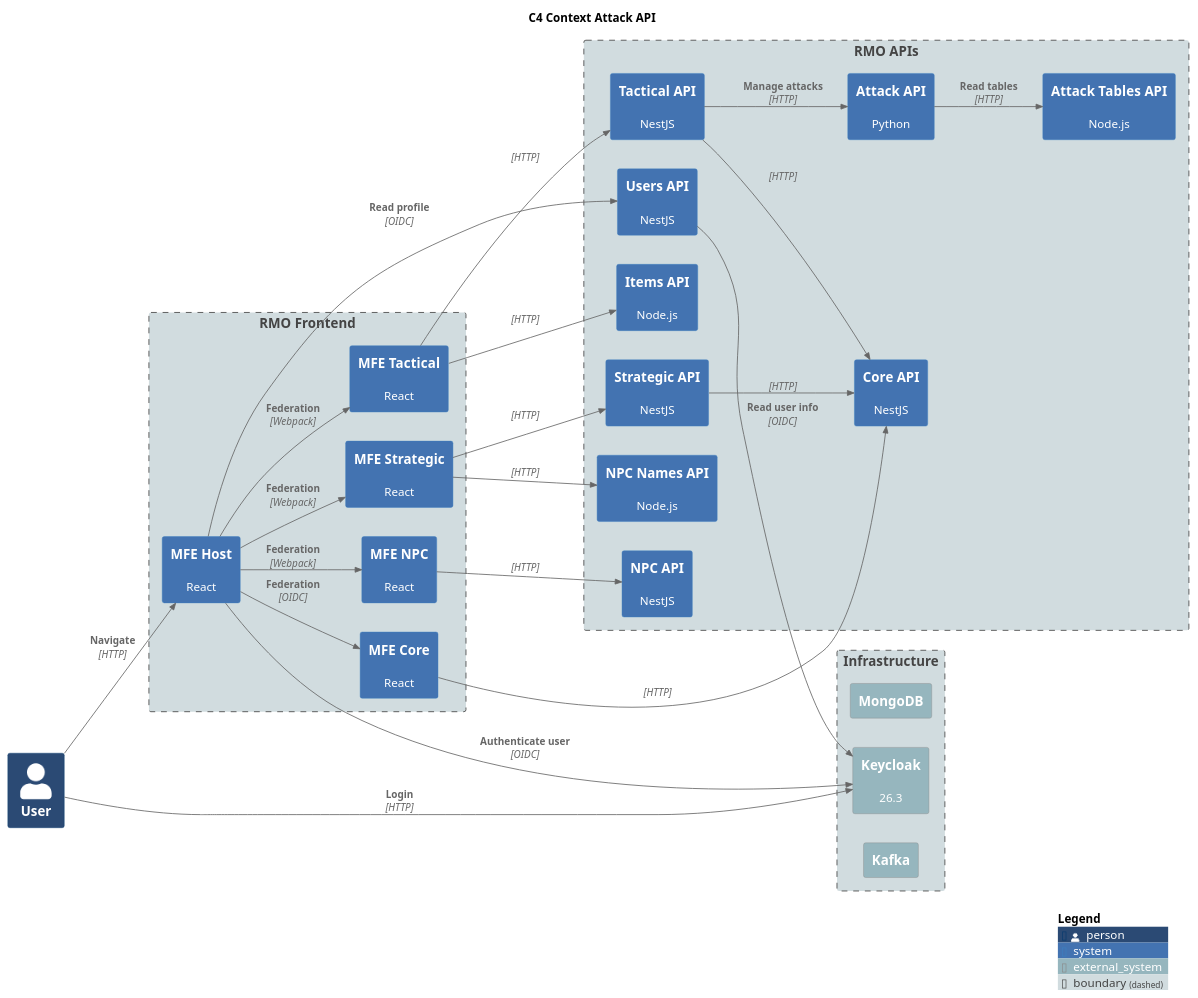
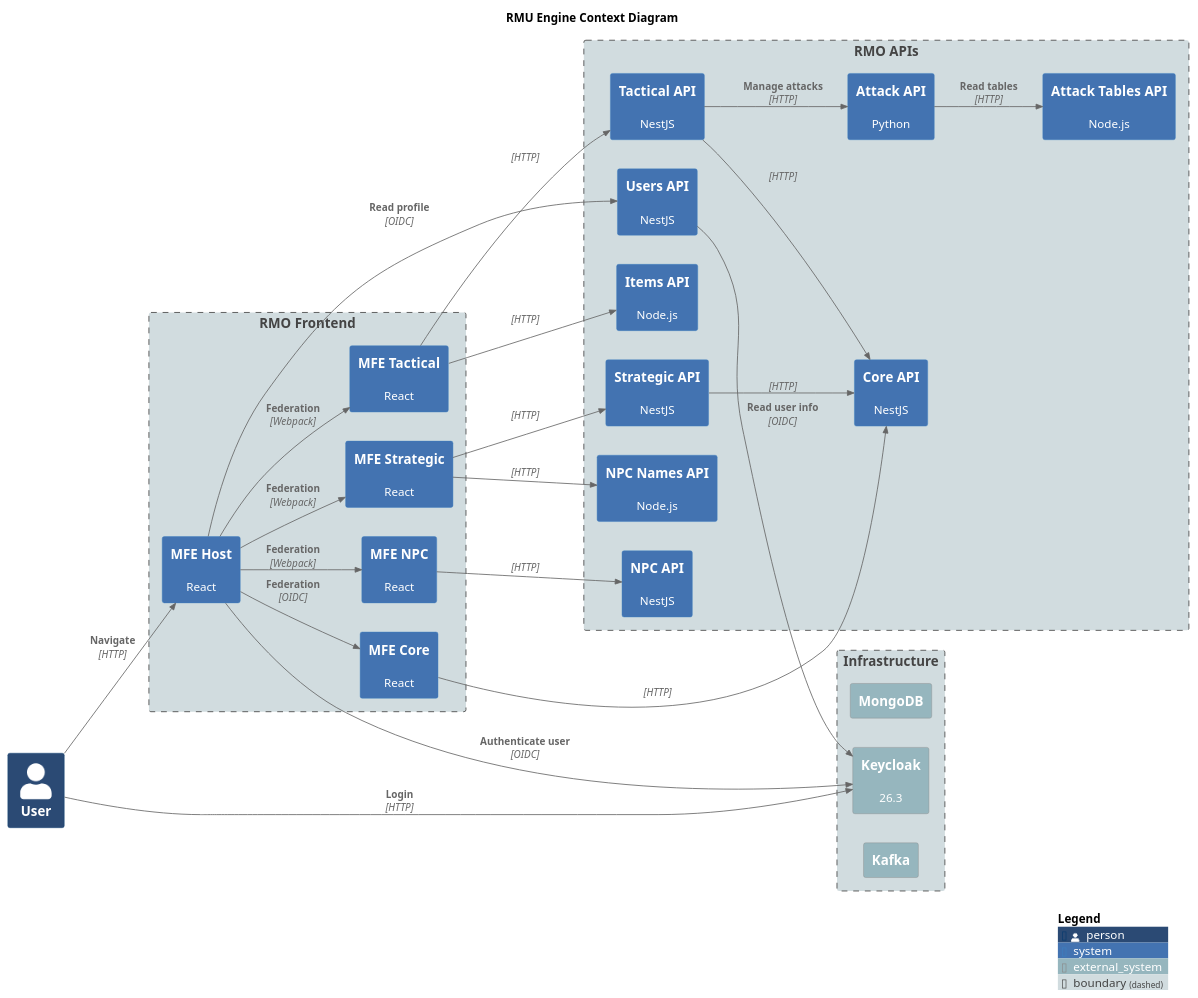
The diagram in diagrams/c4-context.plantuml (labcabrera/rmu-platform), drawn with PlantUML before and after one commit. The commit also changed 1 other file, not shown here.

Commit message:
Updated diagram.

```diff
--- a/diagrams/c4-context.plantuml
+++ b/diagrams/c4-context.plantuml
@@ -1,74 +1,74 @@
-@startuml C4 Context Attack API
-title C4 Context Attack API
+@startuml RMU Engine Context Diagram
+title RMU Engine Context Diagram
 
 !include https://raw.githubusercontent.com/plantuml-stdlib/C4-PlantUML/master/C4_Context.puml
 
 LAYOUT_LEFT_RIGHT()
 
 UpdateElementStyle(person, $bgColor="#2b4a74ff")
 UpdateElementStyle(system, $bgColor="#4373b1ff")
 UpdateElementStyle(external_system, $bgColor="#96b6beff")
 UpdateElementStyle(boundary, $bgColor="#d1dcdfff")
 
 Person(user, "User")
 
 Boundary(frontend, "RMO Frontend") {
     System(rmu_mfe_host, "MFE Host", "React")
     System(rmu_mfe_core, "MFE Core", "React")
     System(rmu_mfe_strategic, "MFE Strategic", "React")
     System(rmu_mfe_tactical, "MFE Tactical", "React")
     System(rmu_mfe_npc, "MFE NPC", "React")
 }
 
 Boundary(apis, "RMO APIs") {
     System(rmu_api_users, "Users API", "NestJS")
     System(rmu_api_core, "Core API", "NestJS")
     System(rmu_api_strategic, "Strategic API", "NestJS")
     System(rmu_api_tactical, "Tactical API", "NestJS")
     System(rmu_api_npc, "NPC API", "NestJS")
     System(rmu_api_npc_names, "NPC Names API", "Node.js")
     System(rmu_api_attack, "Attack API", "Python")
     System(rmu_api_items, "Items API", "Node.js")
     System(rmu_api_attack_tables, "Attack Tables API", "Node.js")
 }
 
 Boundary(infrastructure, "Infrastructure") {
     System_Ext(mongodb, "MongoDB", "")
     System_Ext(keycloak, "Keycloak", "26.3")
     System_Ext(kafka, "Kafka", "")
 }
 
 Rel(user, rmu_mfe_host, "Navigate", "HTTP")
 Rel(user, keycloak, "Login", "HTTP")
 
 ' Frontends
 
 Rel(rmu_mfe_host, rmu_mfe_core, "Federation", "OIDC")
 Rel(rmu_mfe_host, rmu_mfe_strategic, "Federation", "Webpack")
 Rel(rmu_mfe_host, rmu_mfe_tactical, "Federation", "Webpack")
 Rel(rmu_mfe_host, rmu_mfe_npc, "Federation", "Webpack")
 Rel(rmu_mfe_host, rmu_api_users, "Read profile", "OIDC")
 Rel(rmu_mfe_host, keycloak, "Authenticate user", "OIDC")
 
 Rel(rmu_mfe_core, rmu_api_core, "", "HTTP")
 
 Rel(rmu_mfe_strategic, rmu_api_strategic, "", "HTTP")
 Rel(rmu_mfe_strategic, rmu_api_npc_names, "", "HTTP")
 
 Rel(rmu_mfe_tactical, rmu_api_tactical, "", "HTTP")
 Rel(rmu_mfe_tactical, rmu_api_items, "", "HTTP")
 
 Rel(rmu_api_users, keycloak, "Read user info", "OIDC")
 
 Rel(rmu_mfe_npc, rmu_api_npc, "", "HTTP")
 
 Rel(rmu_api_strategic, rmu_api_core, "", "HTTP")
 
 Rel(rmu_api_tactical, rmu_api_attack, "Manage attacks", "HTTP")
 Rel(rmu_api_tactical, rmu_api_core, "", "HTTP")
 
 Rel(rmu_api_attack, rmu_api_attack_tables, "Read tables", "HTTP")
 
 SHOW_LEGEND()
 
 @enduml
```
